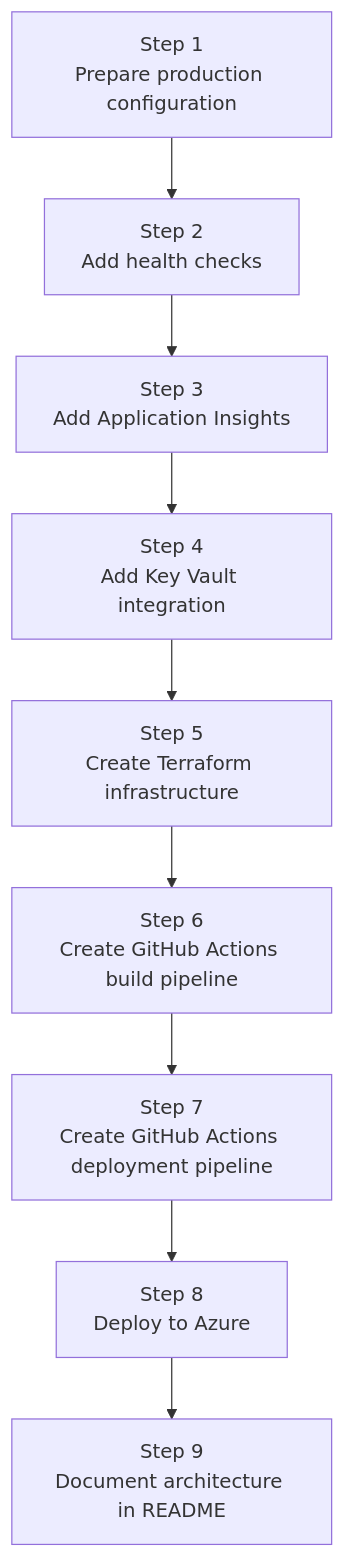
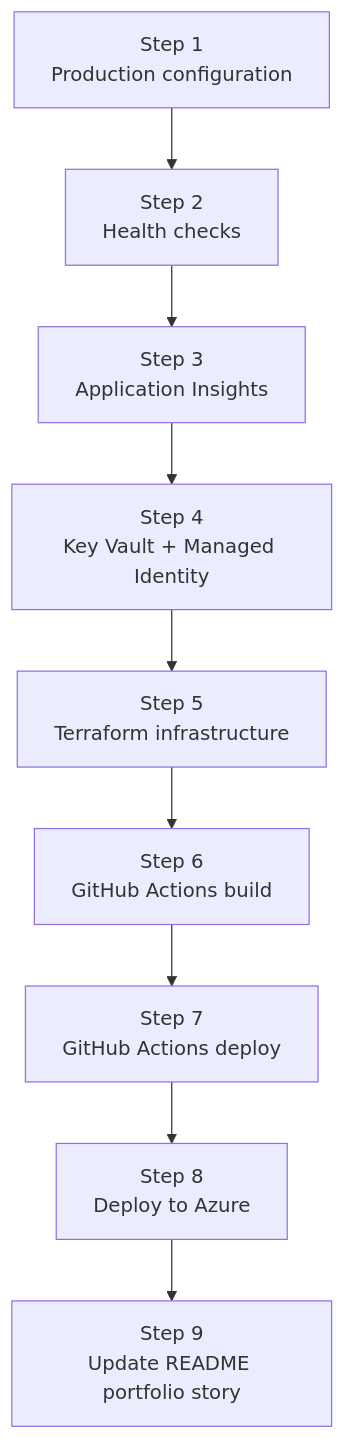
Before and after one commit to michalantolik/zone55-platform: the second of 3 diagrams in AZURE.md, drawn with Mermaid. The commit also changed other lines of this file, not shown here.

````diff
--- a/AZURE.md
+++ b/AZURE.md
@@ -52,21 +88,21 @@
 ```mermaid
 flowchart TD
-    S1[Step 1<br/>Prepare production configuration]
-    S2[Step 2<br/>Add health checks]
-    S3[Step 3<br/>Add Application Insights]
-    S4[Step 4<br/>Add Key Vault integration]
-    S5[Step 5<br/>Create Terraform infrastructure]
-    S6[Step 6<br/>Create GitHub Actions build pipeline]
-    S7[Step 7<br/>Create GitHub Actions deployment pipeline]
+    S1[Step 1<br/>Production configuration]
+    S2[Step 2<br/>Health checks]
+    S3[Step 3<br/>Application Insights]
+    S4[Step 4<br/>Key Vault + Managed Identity]
+    S5[Step 5<br/>Terraform infrastructure]
+    S6[Step 6<br/>GitHub Actions build]
+    S7[Step 7<br/>GitHub Actions deploy]
     S8[Step 8<br/>Deploy to Azure]
-    S9[Step 9<br/>Document architecture in README]
+    S9[Step 9<br/>Update README portfolio story]
 
     S1 --> S2
     S2 --> S3
     S3 --> S4
     S4 --> S5
     S5 --> S6
     S6 --> S7
     S7 --> S8
     S8 --> S9
 ```
````
